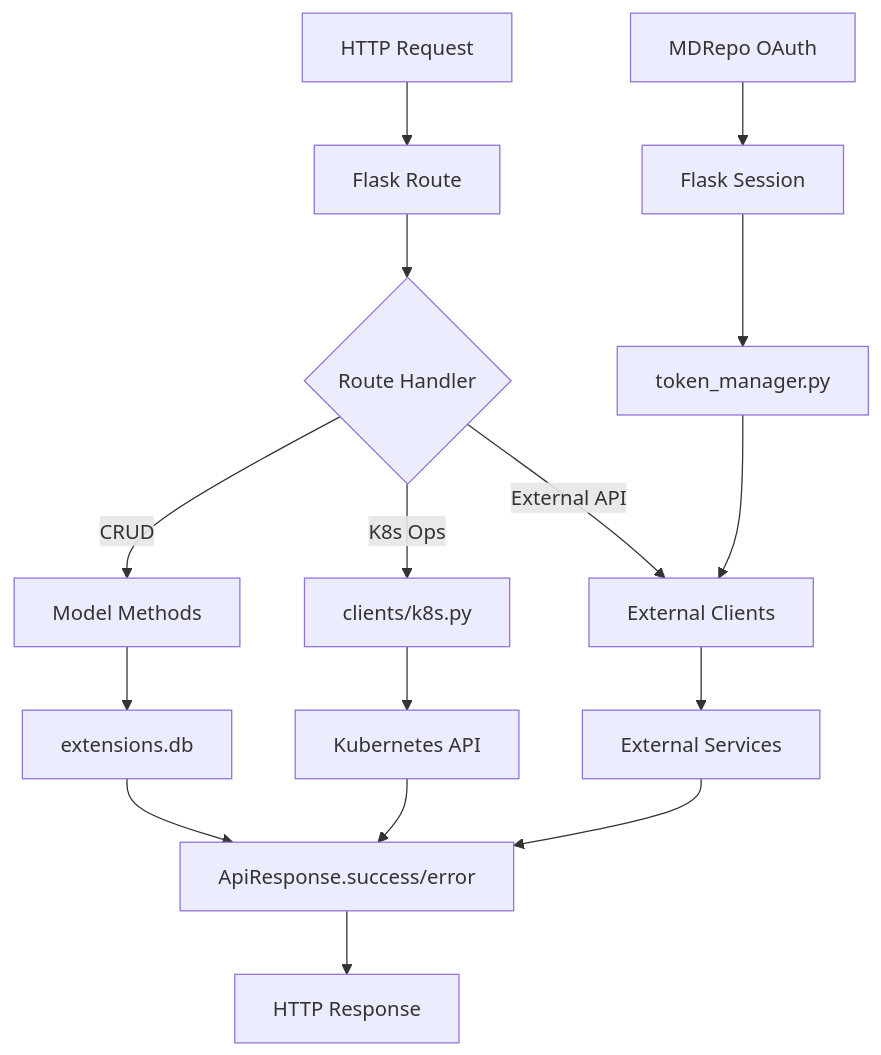
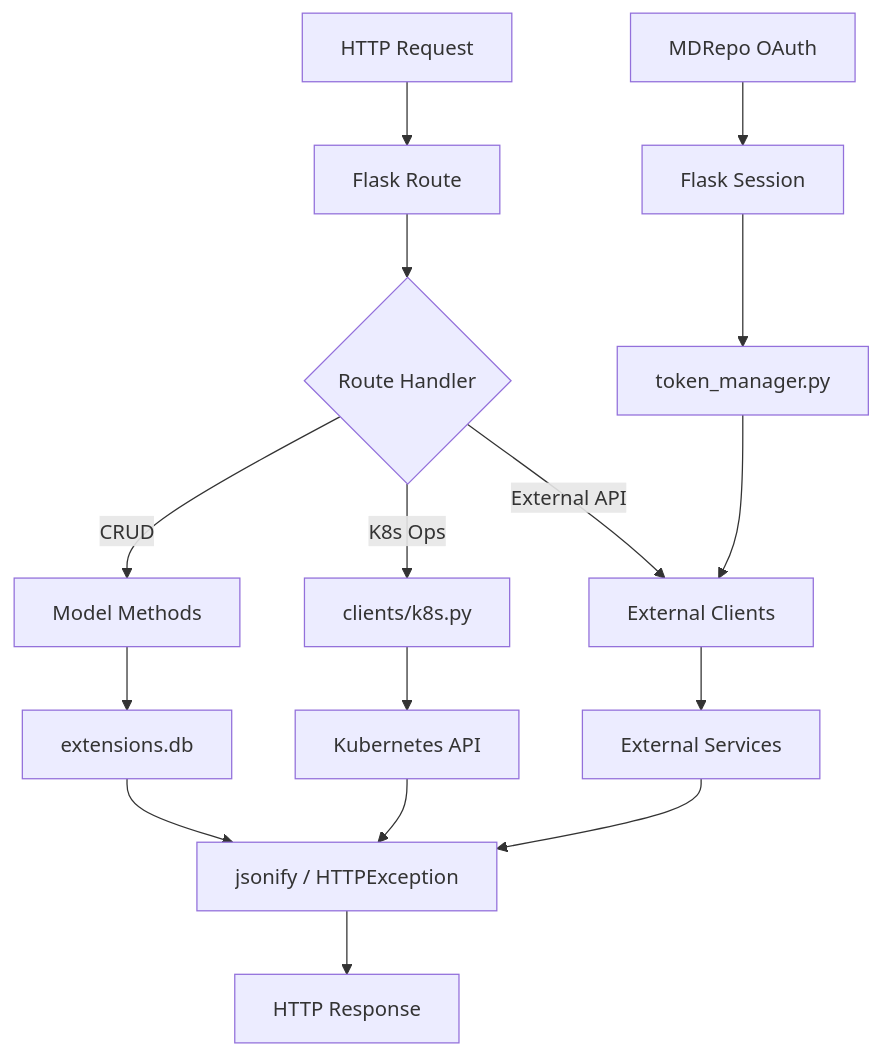
One commit to CERIT-SC/mddash changed the diagram in dashboard/api/AGENTS.md. Above: the diagram before and after it, drawn with Mermaid. The commit also changed other lines of this file and 22 other files, not shown here.

First line of the commit message:
refactor(api): remove ApiResponse envelope, use raw resources + {detail} errors

````diff
--- a/dashboard/api/AGENTS.md
+++ b/dashboard/api/AGENTS.md
@@ -38,19 +38,19 @@
 ```mermaid
 graph TD
     A[HTTP Request] --> B[Flask Route]
     B --> C{Route Handler}
     C -->|CRUD| D[Model Methods]
     C -->|K8s Ops| E[clients/k8s.py]
     C -->|External API| F[External Clients]
     D --> G[extensions.db]
     E --> H[Kubernetes API]
     F --> I[External Services]
-    G --> J[ApiResponse.success/error]
+    G --> J[jsonify / HTTPException]
     H --> J
     I --> J
     J --> K[HTTP Response]
     
     L[MDRepo OAuth] --> M[Flask Session]
     M --> N[token_manager.py]
     N --> F
 ```
````
